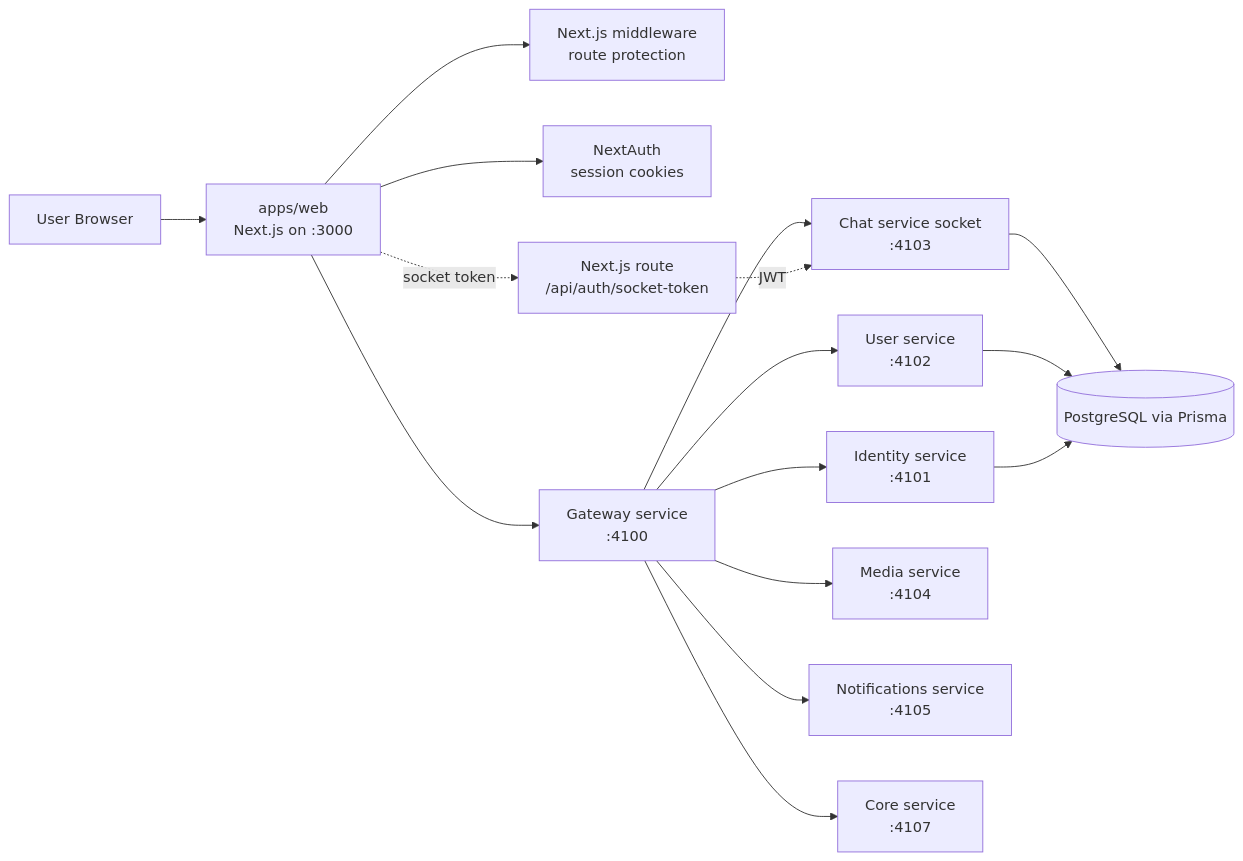
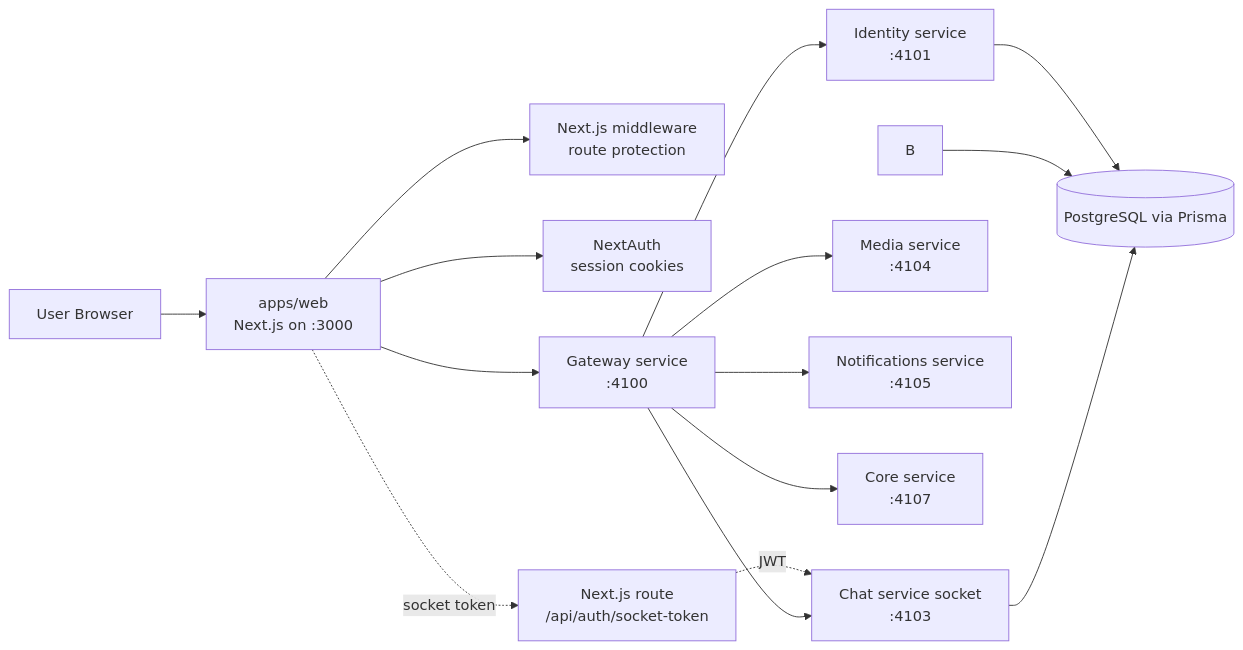
Before and after one commit to Sam231221/Yome: the first of 7 diagrams in docs/LOCALHOST_3000_REQUEST_WORKFLOW.md, drawn with Mermaid. The commit also changed other lines of this file and 38 other files, not shown here.

````diff
--- a/docs/LOCALHOST_3000_REQUEST_WORKFLOW.md
+++ b/docs/LOCALHOST_3000_REQUEST_WORKFLOW.md
@@ -15,20 +15,19 @@
 ```mermaid
 flowchart LR
     U[User Browser] --> W[apps/web<br/>Next.js on :3000]
     W --> M[Next.js middleware<br/>route protection]
     W --> N[NextAuth<br/>session cookies]
     W --> G[Gateway service<br/>:4100]
     W -.socket token.-> A1[Next.js route<br/>/api/auth/socket-token]
     A1 -.JWT.-> C[Chat service socket<br/>:4103]
 
     G --> A[Identity service<br/>:4101]
-    G --> B[User service<br/>:4102]
     G --> C
     G --> D[Media service<br/>:4104]
     G --> E[Notifications service<br/>:4105]
     G --> O[Core service<br/>:4107]
 
     A --> DB[(PostgreSQL via Prisma)]
     B --> DB
     C --> DB
 ```
````
